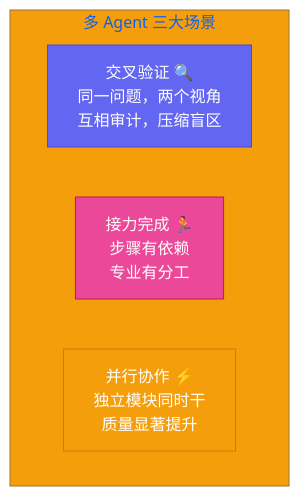
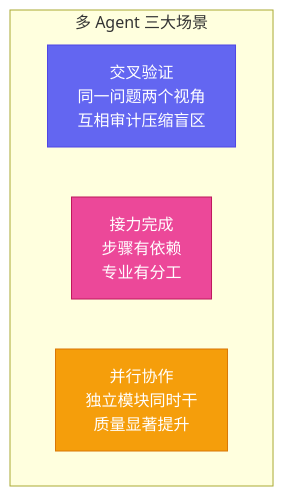
Before and after one commit to VokoForge/ai-prism: the first of 2 diagrams in posts/yason-and-roberts/zh/ch17.md, drawn with Mermaid. The commit also changed other lines of this file and 31 other files, not shown here.

First line of the commit message:
✨ Rewrite all articles: hook titles, Mermaid diagrams, engaging style

````diff
--- a/posts/yason-and-roberts/zh/ch17.md
+++ b/posts/yason-and-roberts/zh/ch17.md
@@ -22,13 +22,12 @@
 ```mermaid
-%%{init: {'theme': 'base', 'themeVariables': {'primaryColor': '#6366f1','primaryTextColor': '#fff','primaryBorderColor': '#4f46e5','lineColor': '#8b5cf6','secondaryColor': '#ec4899','tertiaryColor': '#f59e0b'}}}%%
 graph TB
     subgraph "多 Agent 三大场景"
-        S1["交叉验证 🔍<br>同一问题，两个视角<br>互相审计，压缩盲区"]
-        S2["接力完成 🏃<br>步骤有依赖<br>专业有分工"]
-        S3["并行协作 ⚡<br>独立模块同时干<br>质量显著提升"]
+        S1["交叉验证<br>同一问题两个视角<br>互相审计压缩盲区"]
+        S2["接力完成<br>步骤有依赖<br>专业有分工"]
+        S3["并行协作<br>独立模块同时干<br>质量显著提升"]
     end
 
     style S1 fill:#6366f1,stroke:#4f46e5,color:#fff
     style S2 fill:#ec4899,stroke:#be185d,color:#fff
     style S3 fill:#f59e0b,stroke:#d97706,color:#fff
 ```
````
